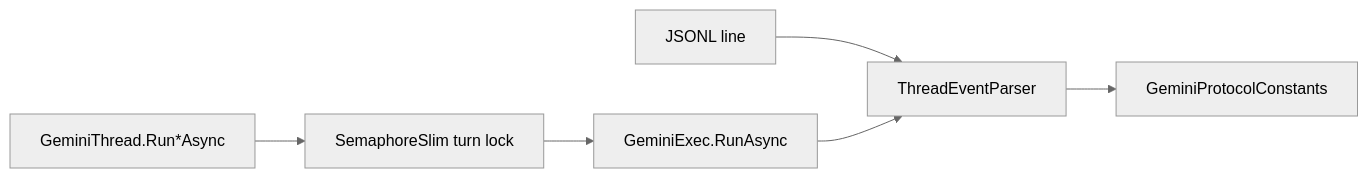
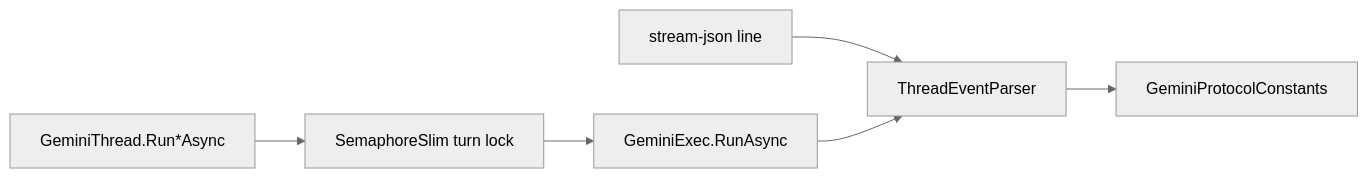
One commit to managedcode/GeminiSharpSDK changed the diagram in docs/ADR/002-protocol-parsing-and-thread-serialization.md. Above: the diagram before and after it, drawn with Mermaid (neutral theme). The commit also changed other lines of this file and 5 other files, not shown here.

````diff
--- a/docs/ADR/002-protocol-parsing-and-thread-serialization.md
+++ b/docs/ADR/002-protocol-parsing-and-thread-serialization.md
@@ -20,8 +21,8 @@
 ```mermaid
 flowchart LR
-  Line["JSONL line"] --> Parse["ThreadEventParser"]
+  Line["stream-json line"] --> Parse["ThreadEventParser"]
   Parse --> Consts["GeminiProtocolConstants"]
   GeminiThread["GeminiThread.Run*Async"] --> Lock["SemaphoreSlim turn lock"]
   Lock --> Exec["GeminiExec.RunAsync"]
   Exec --> Parse
 ```
````
